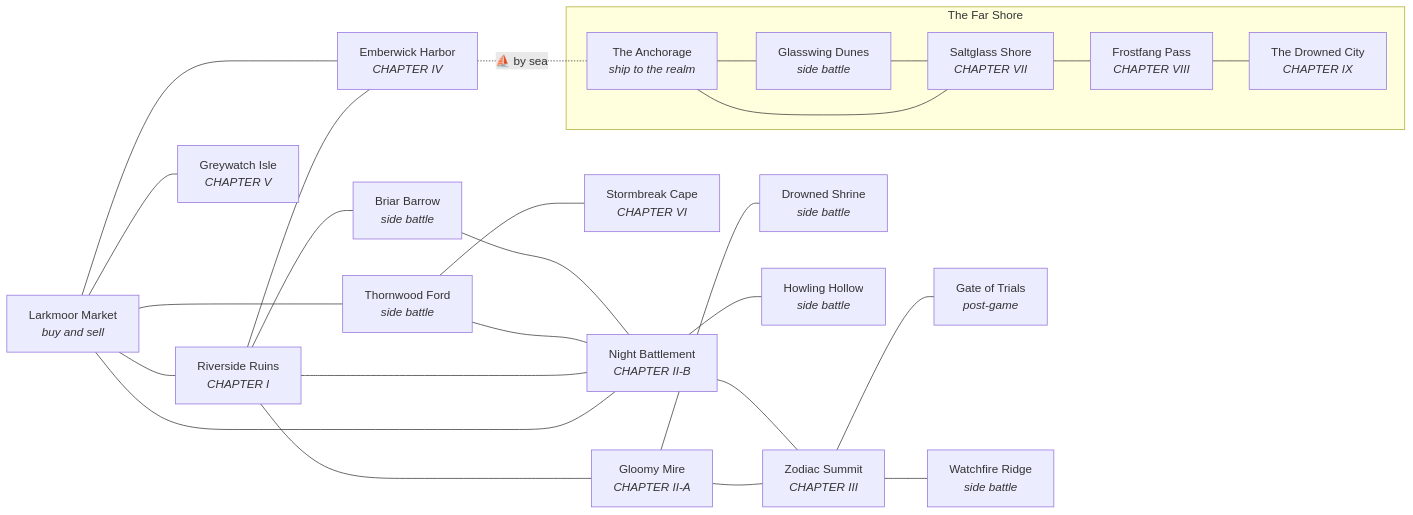
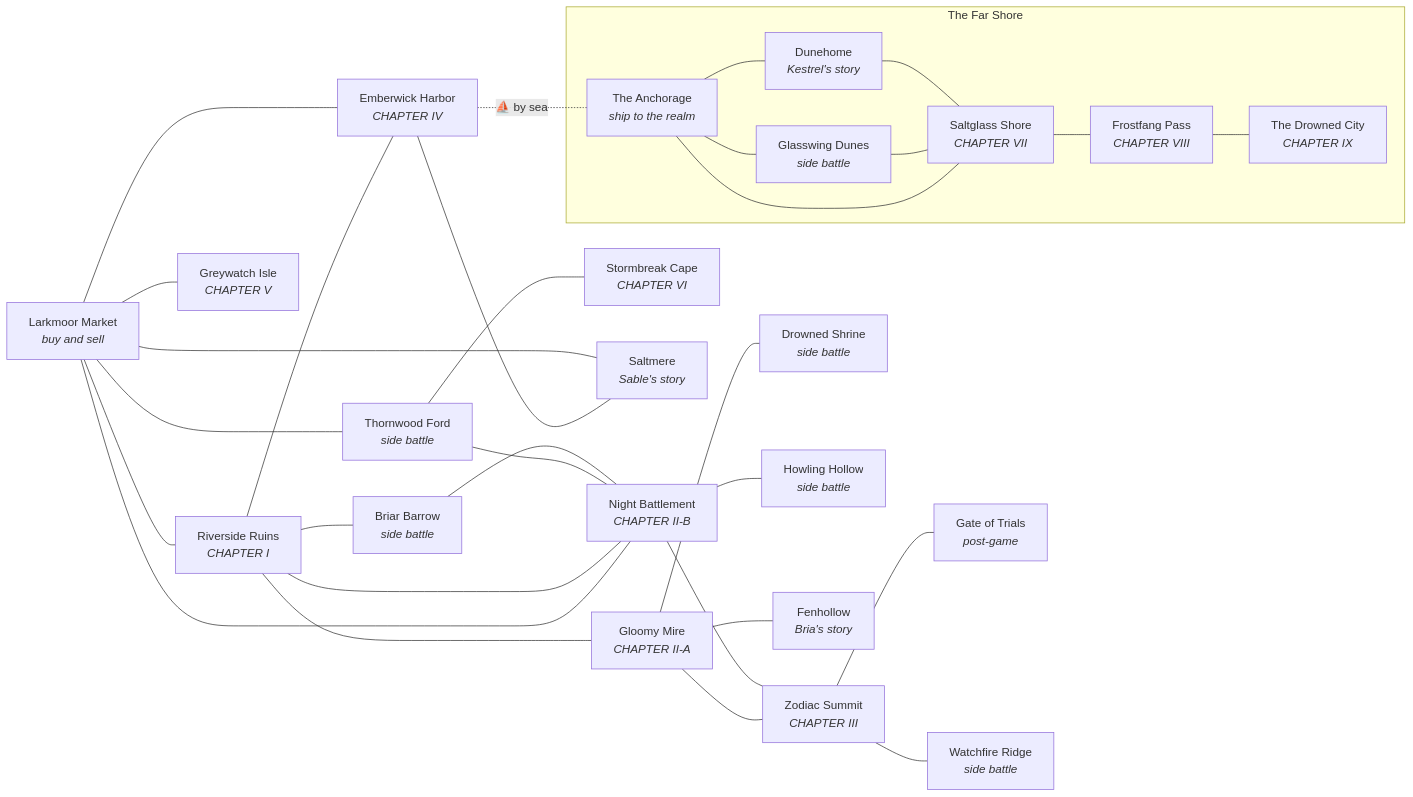
One commit to CptNope/Chess-RPG-Tactics changed the third of 4 diagrams in docs/CONTENT_REFERENCE.md. Above: the diagram before and after it, drawn with Mermaid. The commit also changed other lines of this file and 21 other files, not shown here.

````diff
--- a/docs/CONTENT_REFERENCE.md
+++ b/docs/CONTENT_REFERENCE.md
@@ -681,48 +684,56 @@
 ```mermaid
 flowchart LR
   market["Larkmoor Market<br/><i>buy and sell</i>"]
   ruins["Riverside Ruins<br/><i>CHAPTER I</i>"]
   mire["Gloomy Mire<br/><i>CHAPTER II-A</i>"]
   battlement["Night Battlement<br/><i>CHAPTER II-B</i>"]
   summit["Zodiac Summit<br/><i>CHAPTER III</i>"]
   trials["Gate of Trials<br/><i>post-game</i>"]
   harbor["Emberwick Harbor<br/><i>CHAPTER IV</i>"]
   isle["Greywatch Isle<br/><i>CHAPTER V</i>"]
   cape["Stormbreak Cape<br/><i>CHAPTER VI</i>"]
   thornwood["Thornwood Ford<br/><i>side battle</i>"]
   shrine["Drowned Shrine<br/><i>side battle</i>"]
   ridge["Watchfire Ridge<br/><i>side battle</i>"]
   hollow["Howling Hollow<br/><i>side battle</i>"]
   barrow["Briar Barrow<br/><i>side battle</i>"]
+  fenhollow["Fenhollow<br/><i>Bria's story</i>"]
+  saltmere["Saltmere<br/><i>Sable's story</i>"]
   subgraph far_shore["The Far Shore"]
     anchorage["The Anchorage<br/><i>ship to the realm</i>"]
     saltglass["Saltglass Shore<br/><i>CHAPTER VII</i>"]
     frostfang["Frostfang Pass<br/><i>CHAPTER VIII</i>"]
     drowned_city["The Drowned City<br/><i>CHAPTER IX</i>"]
+    dunehome["Dunehome<br/><i>Kestrel's story</i>"]
     glasswing["Glasswing Dunes<br/><i>side battle</i>"]
   end
   market --- ruins
   market --- battlement
   ruins --- mire
   ruins --- battlement
   mire --- summit
   battlement --- summit
   summit --- trials
   market --- thornwood
   thornwood --- battlement
   mire --- shrine
   summit --- ridge
   ruins --- harbor
   market --- harbor
   market --- isle
   thornwood --- cape
   battlement --- hollow
   ruins --- barrow
   barrow --- battlement
+  mire --- fenhollow
+  harbor --- saltmere
+  market --- saltmere
   anchorage --- saltglass
   saltglass --- frostfang
   frostfang --- drowned_city
   anchorage --- glasswing
   glasswing --- saltglass
+  anchorage --- dunehome
+  dunehome --- saltglass
   harbor -. "⛵ by sea" .- anchorage
 ```
````
